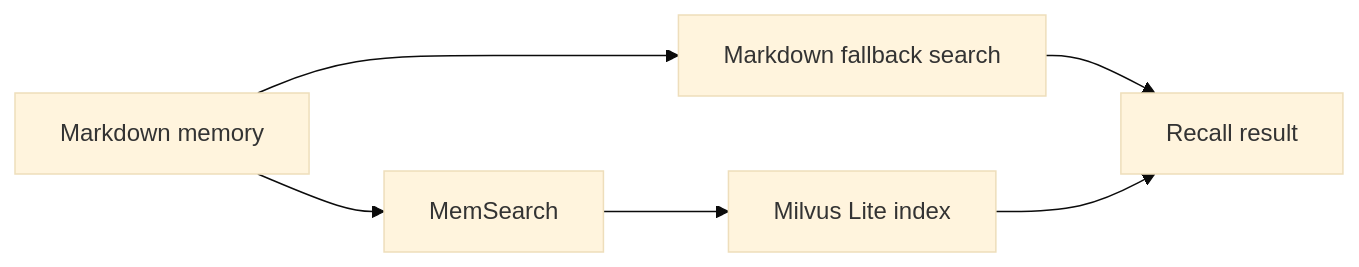
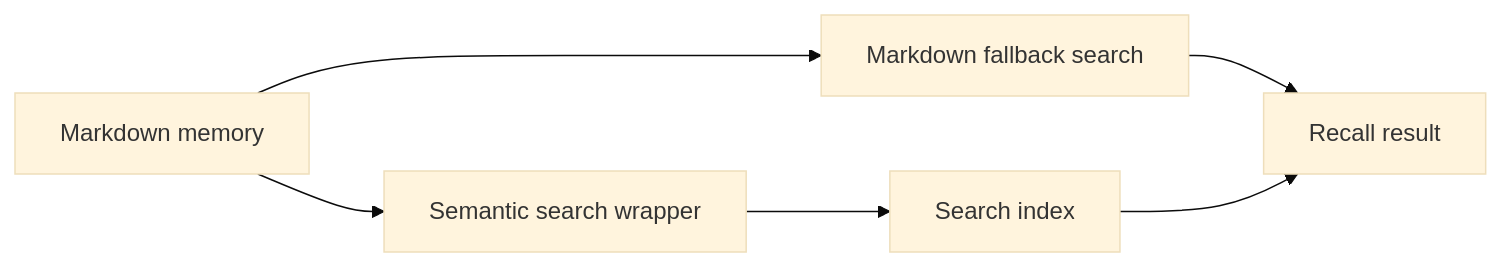
The second of 2 diagrams in docs/commands-and-folder-map.md (camrontaylor/AI-OS-Template), drawn with Mermaid (base theme) before and after one commit. The commit also changed other lines of this file and 462 other files, not shown here.

````diff
--- a/docs/commands-and-folder-map.md
+++ b/docs/commands-and-folder-map.md
@@ -80,8 +80,8 @@
 ```mermaid
 flowchart LR
   A["Markdown memory"] --> B["Markdown fallback search"]
-  A --> C["MemSearch"]
-  C --> D["Milvus Lite index"]
+  A --> C["Semantic search wrapper"]
+  C --> D["Search index"]
   B --> E["Recall result"]
   D --> E
 ```
````
